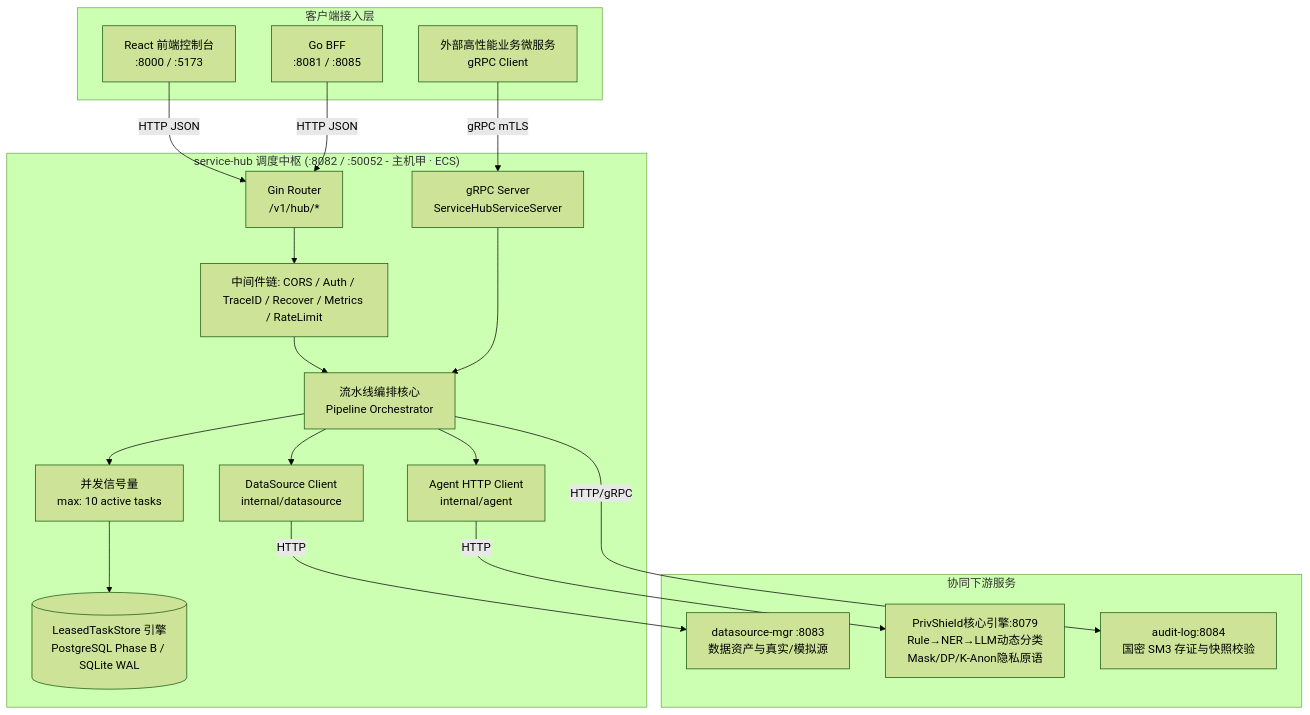
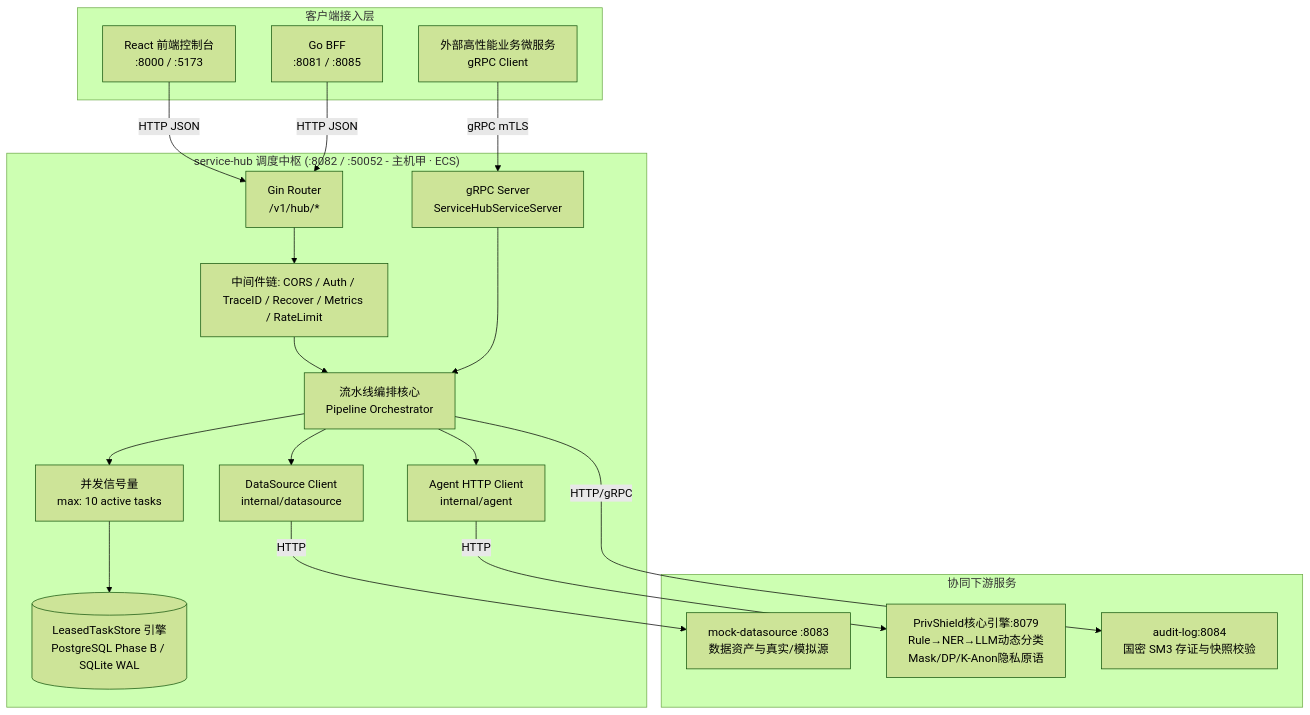
The first of 4 diagrams in services/service-hub/docs/learning-guide.md (fengzhizi319/PrivShield-go), drawn with Mermaid (forest theme) before and after one commit. The commit also changed other lines of this file and 22 other files, not shown here.

````diff
--- a/services/service-hub/docs/learning-guide.md
+++ b/services/service-hub/docs/learning-guide.md
@@ -69,39 +69,39 @@
 ```mermaid
 flowchart TB
     subgraph Clients [客户端接入层]
         Web[React 前端控制台<br/>:8000 / :5173]
         BFF[Go BFF<br/>:8081 / :8085]
         ExtRPC[外部高性能业务微服务<br/>gRPC Client]
     end
 
     subgraph ServiceHub ["service-hub 调度中枢 (:8082 / :50052 - 主机甲 · ECS)"]
         Router[Gin Router<br/>/v1/hub/*]
         GRPCSrv[gRPC Server<br/>ServiceHubServiceServer]
         MW[中间件链: CORS / Auth / TraceID / Recover / Metrics / RateLimit]
         
         Orchestrator[流水线编排核心<br/>Pipeline Orchestrator]
         Semaphore[并发信号量<br/>max: 10 active tasks]
         TaskStore[(LeasedTaskStore 引擎<br/>PostgreSQL Phase B / SQLite WAL)]
         
         AgentCli[Agent HTTP Client<br/>internal/agent]
         DSCli[DataSource Client<br/>internal/datasource]
     end
 
     subgraph Downstream [协同下游服务]
-        DSMgr[datasource-mgr :8083<br/>数据资产与真实/模拟源]
+        DSMgr[mock-datasource :8083<br/>数据资产与真实/模拟源]
         Agent["PrivShield核心引擎:8079<br/>Rule→NER→LLM动态分类<br/>Mask/DP/K-Anon隐私原语"]
         Audit[audit-log:8084<br/>国密 SM3 存证与快照校验]
     end
 
     Web -->|HTTP JSON| Router
     BFF -->|HTTP JSON| Router
     ExtRPC -->|gRPC mTLS| GRPCSrv
 
     Router --> MW --> Orchestrator
     GRPCSrv --> Orchestrator
 
     Orchestrator --> Semaphore --> TaskStore
     Orchestrator --> DSCli -->|HTTP| DSMgr
     Orchestrator --> AgentCli -->|HTTP| Agent
     Orchestrator -->|HTTP/gRPC| Audit
 ```
````
